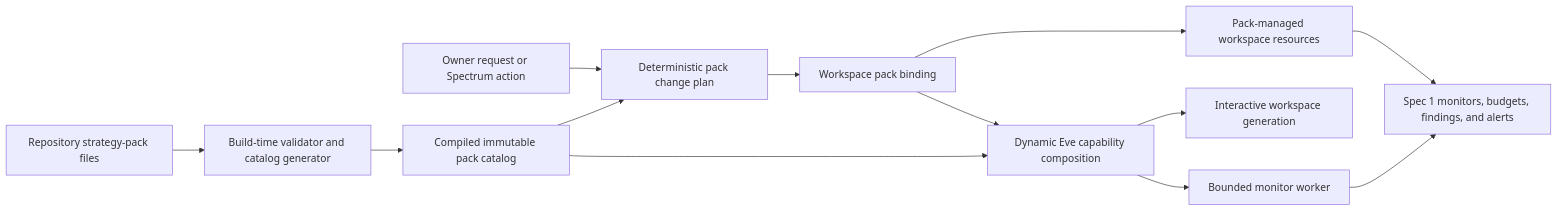
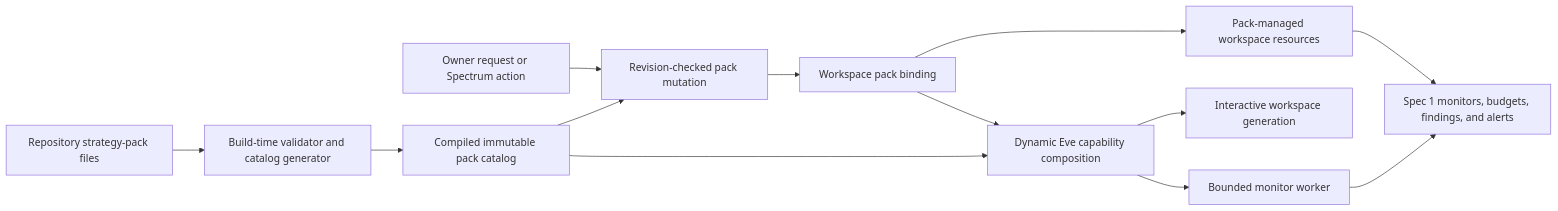
Before and after one commit to Must-be-Ash/adaam: the diagram in specs/02-versioned-strategy-packs.md, drawn with Mermaid. The commit also changed other lines of this file and 1 other file, not shown here.

````diff
--- a/specs/02-versioned-strategy-packs.md
+++ b/specs/02-versioned-strategy-packs.md
@@ -224,18 +226,18 @@
 ```mermaid
 flowchart LR
     F["Repository strategy-pack files"] --> G["Build-time validator and catalog generator"]
     G --> C["Compiled immutable pack catalog"]
 
-    U["Owner request or Spectrum action"] --> P["Deterministic pack change plan"]
+    U["Owner request or Spectrum action"] --> P["Revision-checked pack mutation"]
     C --> P
     P --> B["Workspace pack binding"]
     B --> R["Pack-managed workspace resources"]
 
     B --> D["Dynamic Eve capability composition"]
     C --> D
     D --> I["Interactive workspace generation"]
     D --> W["Bounded monitor worker"]
 
     R --> M["Spec 1 monitors, budgets, findings, and alerts"]
     W --> M
 ```
````
